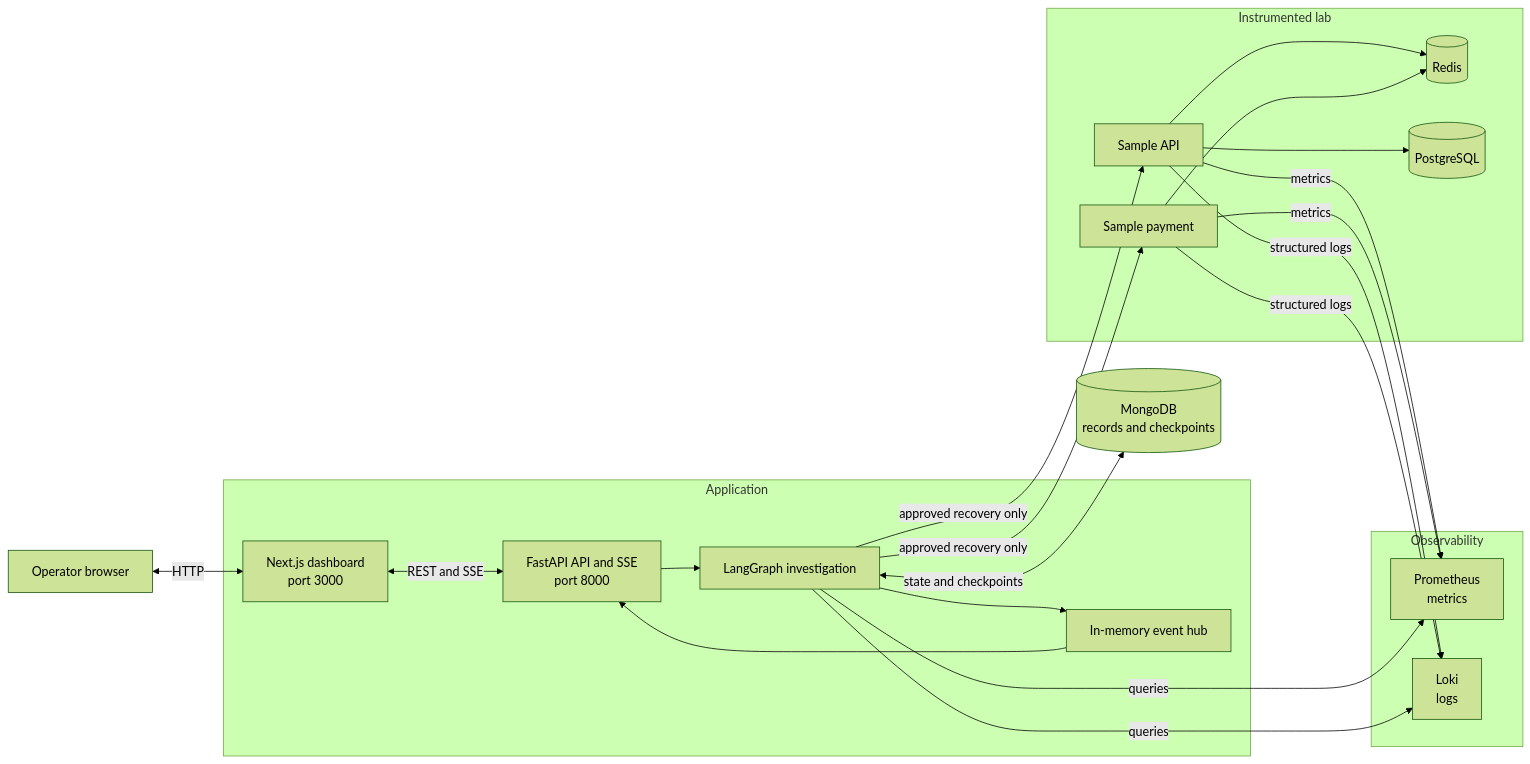
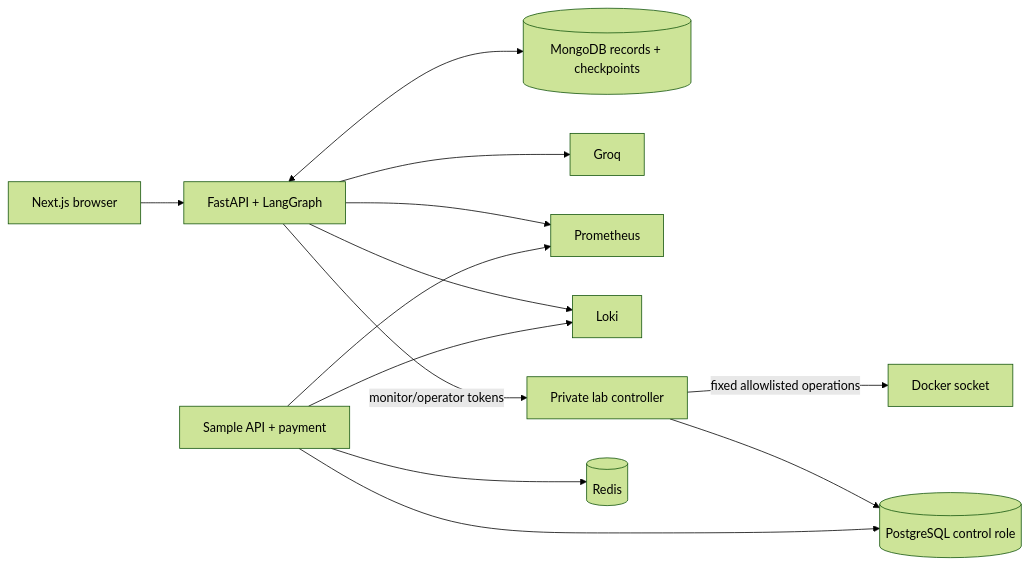
One commit to MohsenKhouaja/SREs changed the second of 2 diagrams in README.md. Above: the diagram before and after it, drawn with Mermaid (forest theme). The commit also changed other lines of this file and 66 other files, not shown here.

````diff
--- a/README.md
+++ b/README.md
@@ -129,43 +65,15 @@
 ```mermaid
 flowchart LR
-    USER[Operator browser]
-
-    subgraph EXPERIENCE[Application]
-        WEB[Next.js dashboard<br/>port 3000]
-        API[FastAPI API and SSE<br/>port 8000]
-        GRAPH[LangGraph investigation]
-        HUB[In-memory event hub]
-    end
-
-    subgraph TELEMETRY[Observability]
-        PROM[Prometheus<br/>metrics]
-        LOKI[Loki<br/>logs]
-    end
-
-    subgraph LAB[Instrumented lab]
-        SAMPLE_API[Sample API]
-        SAMPLE_PAY[Sample payment]
-        REDIS[(Redis)]
-        POSTGRES[(PostgreSQL)]
-    end
-
-    MONGO[(MongoDB<br/>records and checkpoints)]
-
-    USER <-->|HTTP| WEB
-    WEB <-->|REST and SSE| API
-    API --> GRAPH
-    GRAPH --> HUB
-    HUB --> API
-    GRAPH -->|queries| PROM
-    GRAPH -->|queries| LOKI
-    GRAPH -->|approved recovery only| SAMPLE_API
-    GRAPH -->|approved recovery only| SAMPLE_PAY
-    GRAPH <-->|state and checkpoints| MONGO
-    SAMPLE_API -->|metrics| PROM
-    SAMPLE_PAY -->|metrics| PROM
-    SAMPLE_API -->|structured logs| LOKI
-    SAMPLE_PAY -->|structured logs| LOKI
-    SAMPLE_API --> REDIS
-    SAMPLE_API --> POSTGRES
-    SAMPLE_PAY --> REDIS
+    BROWSER[Next.js browser] --> API[FastAPI + LangGraph]
+    API <--> MONGO[(MongoDB records + checkpoints)]
+    API --> GROQ[Groq]
+    API --> PROM[Prometheus]
+    API --> LOKI[Loki]
+    API -->|monitor/operator tokens| CTRL[Private lab controller]
+    CTRL -->|fixed allowlisted operations| DOCKER[Docker socket]
+    CTRL --> POSTGRES[(PostgreSQL control role)]
+    APPS[Sample API + payment] --> REDIS[(Redis)]
+    APPS --> POSTGRES
+    APPS --> PROM
+    APPS --> LOKI
 ```
````
